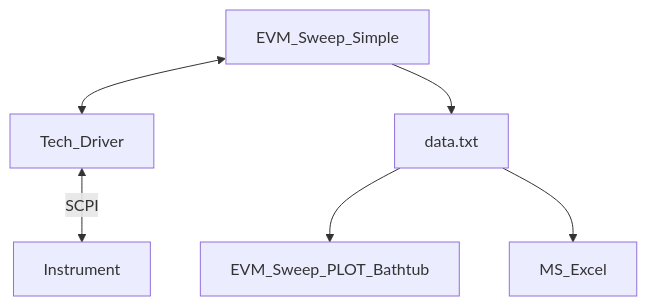
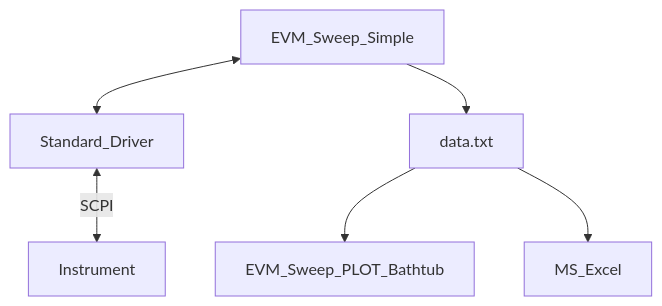
Before and after one commit to mclim9/evm_sweeps: the diagram in readme.md, drawn with Mermaid. The commit also changed other lines of this file and 1 other file, not shown here.

````diff
--- a/readme.md
+++ b/readme.md
@@ -18,6 +39,6 @@
 ```mermaid
 graph TD
-    EVM_Sweep_Simple <--> Tech_Driver <--SCPI--> Instrument
+    EVM_Sweep_Simple <--> Standard_Driver <--SCPI--> Instrument
     EVM_Sweep_Simple --> data.txt --> EVM_Sweep_PLOT_Bathtub
     data.txt--> MS_Excel
 ```
````
